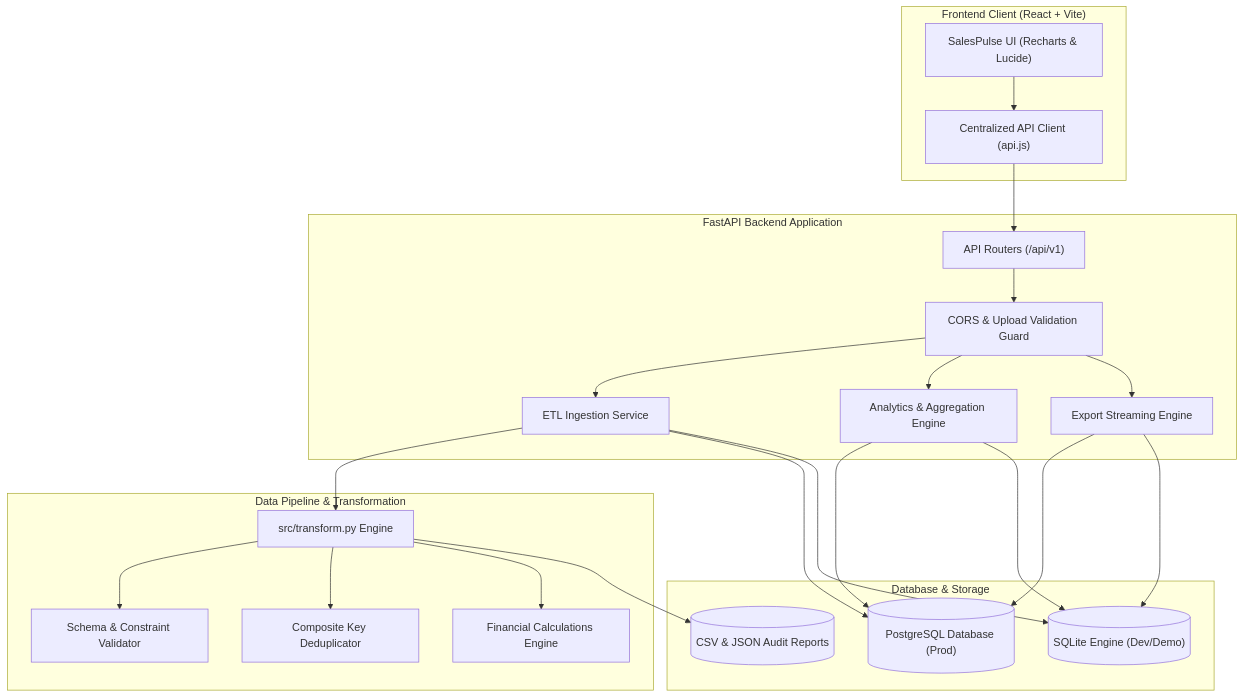
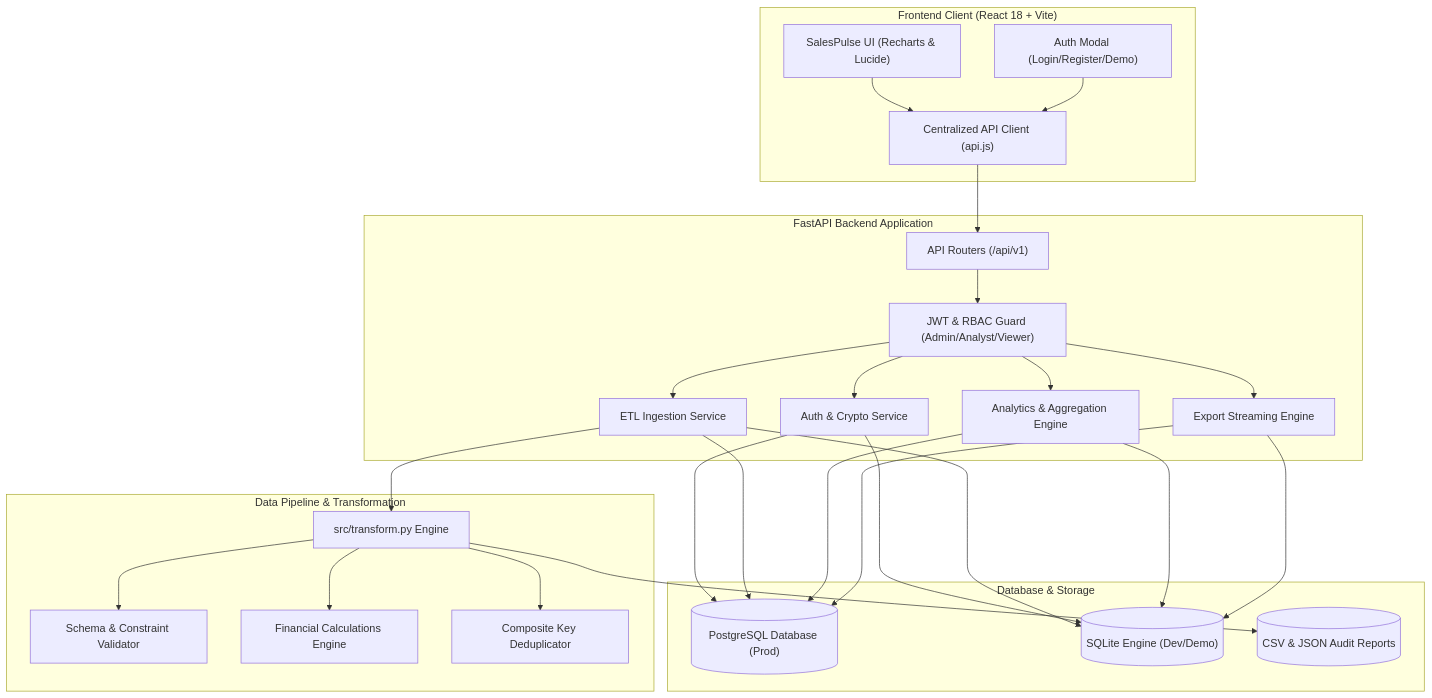
The diagram in README.md (rev007-droid/Sales-ETL-Pipeline), drawn with Mermaid before and after one commit. The commit also changed other lines of this file, not shown here.

Commit message:
docs: update README with JWT authentication, RBAC, and 35 passed tests

````diff
--- a/README.md
+++ b/README.md
@@ -16,48 +17,54 @@
 ```mermaid
 flowchart TD
-    subgraph Client["Frontend Client (React + Vite)"]
+    subgraph Client["Frontend Client (React 18 + Vite)"]
         UI["SalesPulse UI (Recharts & Lucide)"]
+        AuthModal["Auth Modal (Login/Register/Demo)"]
         ApiSvc["Centralized API Client (api.js)"]
     end
 
     subgraph API["FastAPI Backend Application"]
         Router["API Routers (/api/v1)"]
-        AuthMiddleware["CORS & Upload Validation Guard"]
+        AuthGuard["JWT & RBAC Guard (Admin/Analyst/Viewer)"]
         ETLService["ETL Ingestion Service"]
         AnalyticsService["Analytics & Aggregation Engine"]
         ExportService["Export Streaming Engine"]
+        AuthService["Auth & Crypto Service"]
     end
 
     subgraph Processing["Data Pipeline & Transformation"]
         CoreETL["src/transform.py Engine"]
         Validator["Schema & Constraint Validator"]
         CalcEngine["Financial Calculations Engine"]
         Deduplicator["Composite Key Deduplicator"]
     end
 
     subgraph Persistence["Database & Storage"]
         Postgres[("PostgreSQL Database (Prod)")]
         SQLite[("SQLite Engine (Dev/Demo)")]
         DiskArtifacts[("CSV & JSON Audit Reports")]
     end
 
     UI --> ApiSvc
+    AuthModal --> ApiSvc
     ApiSvc --> Router
-    Router --> AuthMiddleware
-    AuthMiddleware --> ETLService
-    AuthMiddleware --> AnalyticsService
-    AuthMiddleware --> ExportService
+    Router --> AuthGuard
+    AuthGuard --> AuthService
+    AuthGuard --> ETLService
+    AuthGuard --> AnalyticsService
+    AuthGuard --> ExportService
 
     ETLService --> CoreETL
     CoreETL --> Validator
     CoreETL --> Deduplicator
     CoreETL --> CalcEngine
     CoreETL --> DiskArtifacts
 
+    AuthService --> Postgres
+    AuthService --> SQLite
     ETLService --> Postgres
     ETLService --> SQLite
     AnalyticsService --> Postgres
     AnalyticsService --> SQLite
     ExportService --> Postgres
     ExportService --> SQLite
 ```
````
